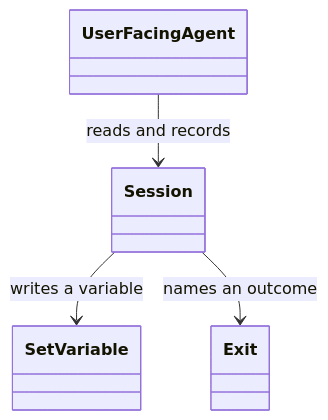
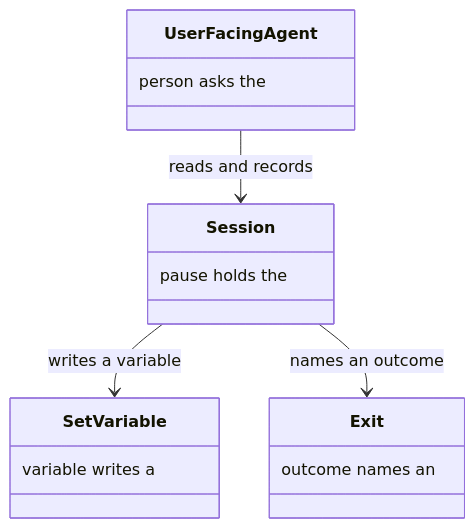
Before and after one commit to m2ux/workflow-server: the tenth of 22 diagrams in docs/checkpoint.md, drawn with Mermaid. The commit also changed other lines of this file and 13 other files, not shown here.

````diff
--- a/docs/checkpoint.md
+++ b/docs/checkpoint.md
@@ -160,10 +178,18 @@
 ```mermaid
 classDiagram
-  class UserFacingAgent
-  class Session
-  class SetVariable
-  class Exit
+  class UserFacingAgent {
+    person asks the
+  }
+  class Session {
+    pause holds the
+  }
+  class SetVariable {
+    variable writes a
+  }
+  class Exit {
+    outcome names an
+  }
   UserFacingAgent --> Session : reads and records
   Session --> SetVariable : writes a variable
   Session --> Exit : names an outcome
 ```
````
